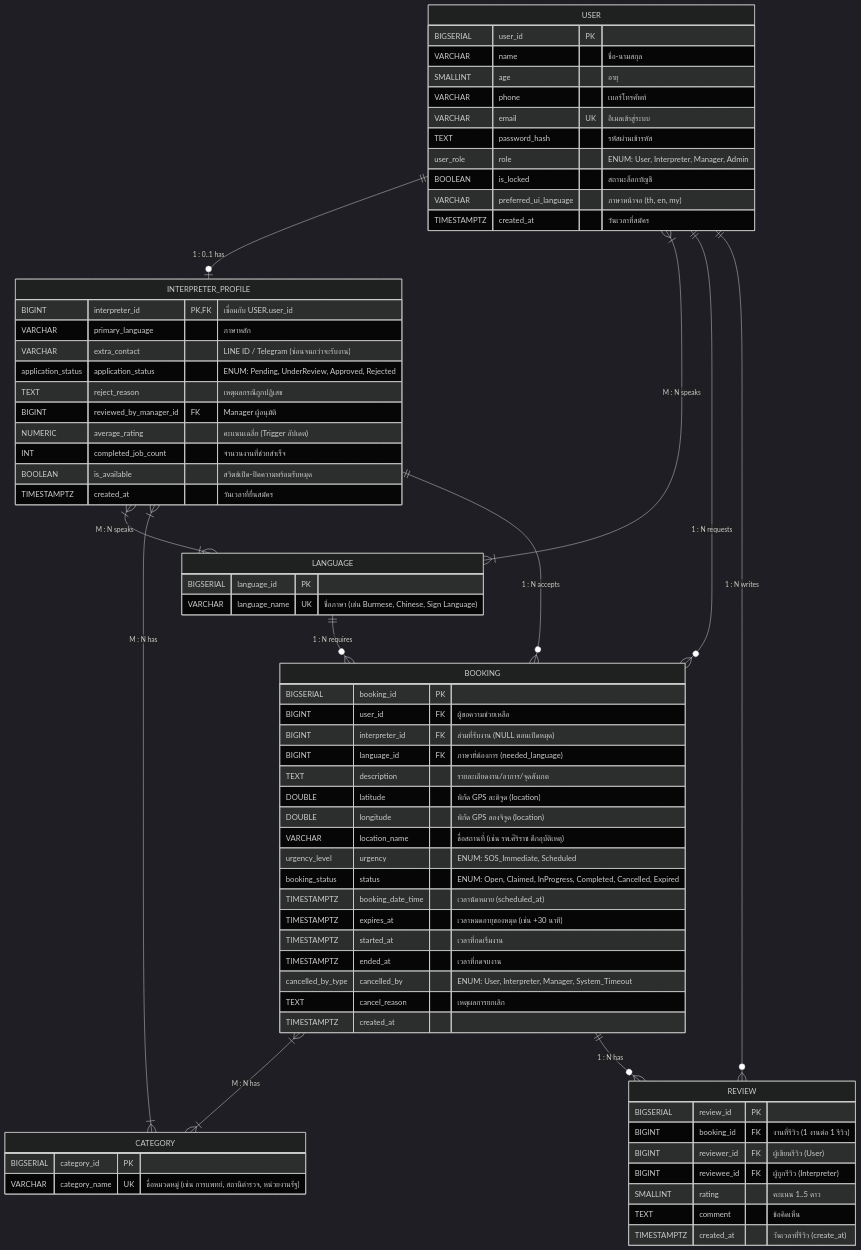
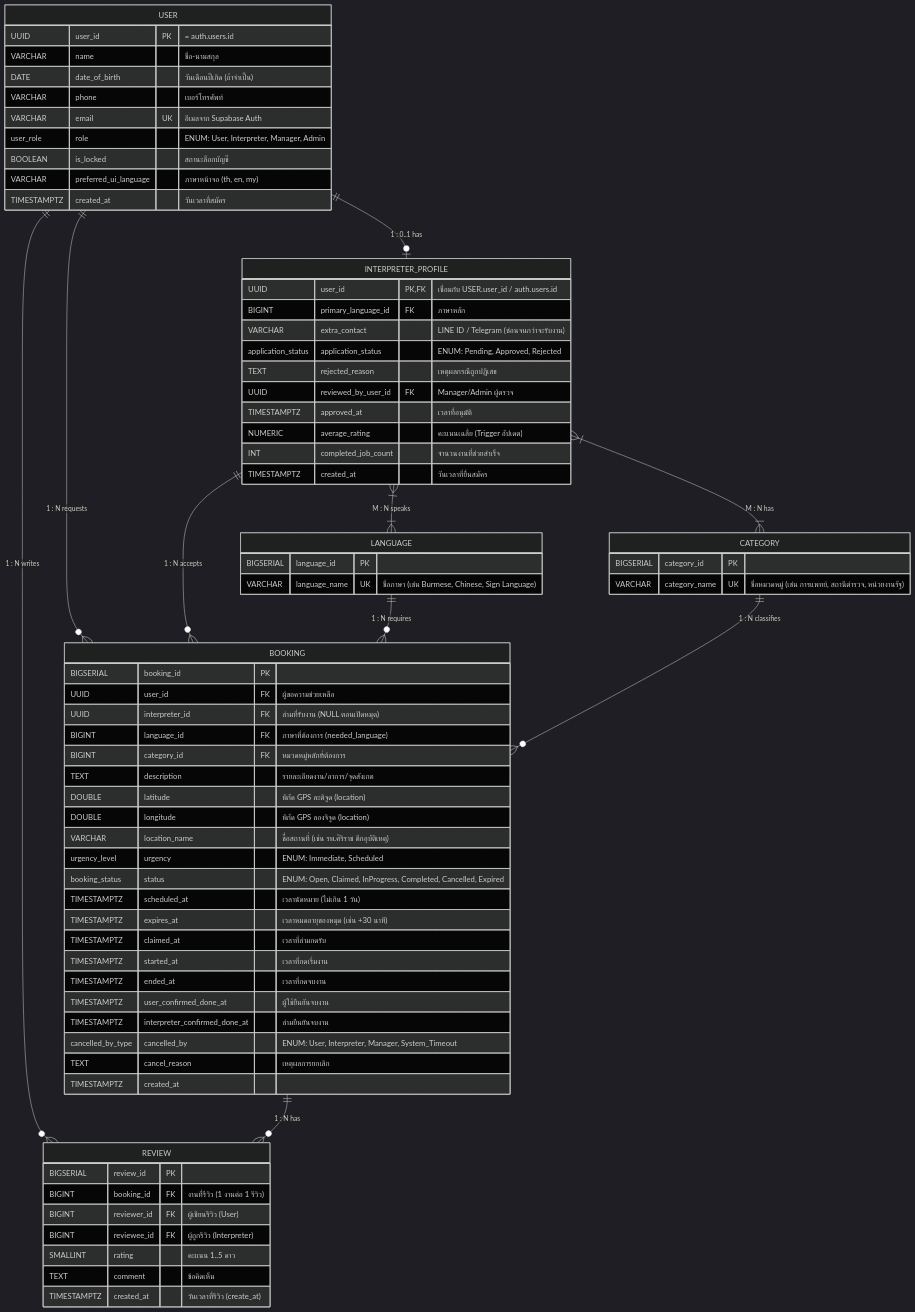
One commit to OnisawanO/khvi-helper changed the second of 3 diagrams in detail.md. Above: the diagram before and after it, drawn with Mermaid (dark theme). The commit also changed other lines of this file and 37 other files, not shown here.

````diff
--- a/detail.md
+++ b/detail.md
@@ -150,7 +222,6 @@
 ```mermaid
 erDiagram
     USER ||--o| INTERPRETER_PROFILE : "1 : 0..1 has"
-    USER }|--|{ LANGUAGE : "M : N speaks"
     USER ||--o{ BOOKING : "1 : N requests"
     USER ||--o{ REVIEW : "1 : N writes"
     
@@ -159,16 +230,15 @@
     INTERPRETER_PROFILE ||--o{ BOOKING : "1 : N accepts"
     
     LANGUAGE ||--o{ BOOKING : "1 : N requires"
-    BOOKING }|--|{ CATEGORY : "M : N has"
+    CATEGORY ||--o{ BOOKING : "1 : N classifies"
     BOOKING ||--o{ REVIEW : "1 : N has"
 
     USER {
-        BIGSERIAL user_id PK
+        UUID user_id PK "= auth.users.id"
         VARCHAR name "ชื่อ-นามสกุล"
-        SMALLINT age "อายุ"
+        DATE date_of_birth "วันเดือนปีเกิด (ถ้าจำเป็น)"
         VARCHAR phone "เบอร์โทรศัพท์"
-        VARCHAR email UK "อีเมลเข้าสู่ระบบ"
-        TEXT password_hash "รหัสผ่านเข้ารหัส"
+        VARCHAR email UK "อีเมลจาก Supabase Auth"
         user_role role "ENUM: User, Interpreter, Manager, Admin"
         BOOLEAN is_locked "สถานะล็อกบัญชี"
         VARCHAR preferred_ui_language "ภาษาหน้าจอ (th, en, my)"
@@ -176,15 +246,15 @@
     }
 
     INTERPRETER_PROFILE {
-        BIGINT interpreter_id PK,FK "เชื่อมกับ USER.user_id"
-        VARCHAR primary_language "ภาษาหลัก"
+        UUID user_id PK,FK "เชื่อมกับ USER.user_id / auth.users.id"
+        BIGINT primary_language_id FK "ภาษาหลัก"
         VARCHAR extra_contact "LINE ID / Telegram (ซ่อนจนกว่าจะรับงาน)"
-        application_status application_status "ENUM: Pending, UnderReview, Approved, Rejected"
-        TEXT reject_reason "เหตุผลกรณีถูกปฏิเสธ"
-        BIGINT reviewed_by_manager_id FK "Manager ผู้อนุมัติ"
+        application_status application_status "ENUM: Pending, Approved, Rejected"
+        TEXT rejected_reason "เหตุผลกรณีถูกปฏิเสธ"
+        UUID reviewed_by_user_id FK "Manager/Admin ผู้ตรวจ"
+        TIMESTAMPTZ approved_at "เวลาที่อนุมัติ"
         NUMERIC average_rating "คะแนนเฉลี่ย (Trigger อัปเดต)"
         INT completed_job_count "จำนวนงานที่ช่วยสำเร็จ"
-        BOOLEAN is_available "สวิตช์เปิด-ปิดความพร้อมรับหมุด"
         TIMESTAMPTZ created_at "วันเวลาที่ยื่นสมัคร"
     }
 
@@ -200,19 +270,23 @@
 
     BOOKING {
         BIGSERIAL booking_id PK
-        BIGINT user_id FK "ผู้ขอความช่วยเหลือ"
-        BIGINT interpreter_id FK "ล่ามที่รับงาน (NULL ตอนเปิดหมุด)"
+        UUID user_id FK "ผู้ขอความช่วยเหลือ"
+        UUID interpreter_id FK "ล่ามที่รับงาน (NULL ตอนเปิดหมุด)"
         BIGINT language_id FK "ภาษาที่ต้องการ (needed_language)"
+        BIGINT category_id FK "หมวดหมู่หลักที่ต้องการ"
         TEXT description "รายละเอียดงาน/อาการ/จุดสังเกต"
         DOUBLE latitude "พิกัด GPS ละติจูด (location)"
         DOUBLE longitude "พิกัด GPS ลองจิจูด (location)"
         VARCHAR location_name "ชื่อสถานที่ (เช่น รพ.ศิริราช ตึกอุบัติเหตุ)"
-        urgency_level urgency "ENUM: SOS_Immediate, Scheduled"
+        urgency_level urgency "ENUM: Immediate, Scheduled"
         booking_status status "ENUM: Open, Claimed, InProgress, Completed, Cancelled, Expired"
-        TIMESTAMPTZ booking_date_time "เวลานัดหมาย (scheduled_at)"
+        TIMESTAMPTZ scheduled_at "เวลานัดหมาย (ไม่เกิน 1 วัน)"
         TIMESTAMPTZ expires_at "เวลาหมดอายุของหมุด (เช่น +30 นาที)"
+        TIMESTAMPTZ claimed_at "เวลาที่ล่ามกดรับ"
         TIMESTAMPTZ started_at "เวลาที่กดเริ่มงาน"
         TIMESTAMPTZ ended_at "เวลาที่กดจบงาน"
+        TIMESTAMPTZ user_confirmed_done_at "ผู้ใช้ยืนยันจบงาน"
+        TIMESTAMPTZ interpreter_confirmed_done_at "ล่ามยืนยันจบงาน"
         cancelled_by_type cancelled_by "ENUM: User, Interpreter, Manager, System_Timeout"
         TEXT cancel_reason "เหตุผลการยกเลิก"
         TIMESTAMPTZ created_at
````
